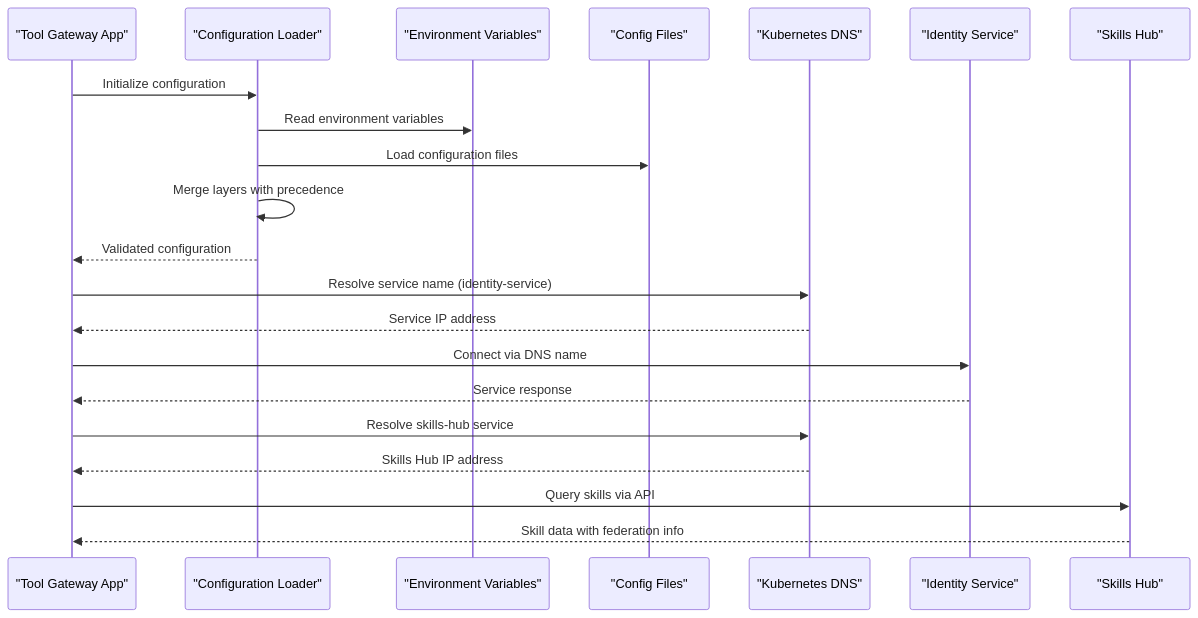
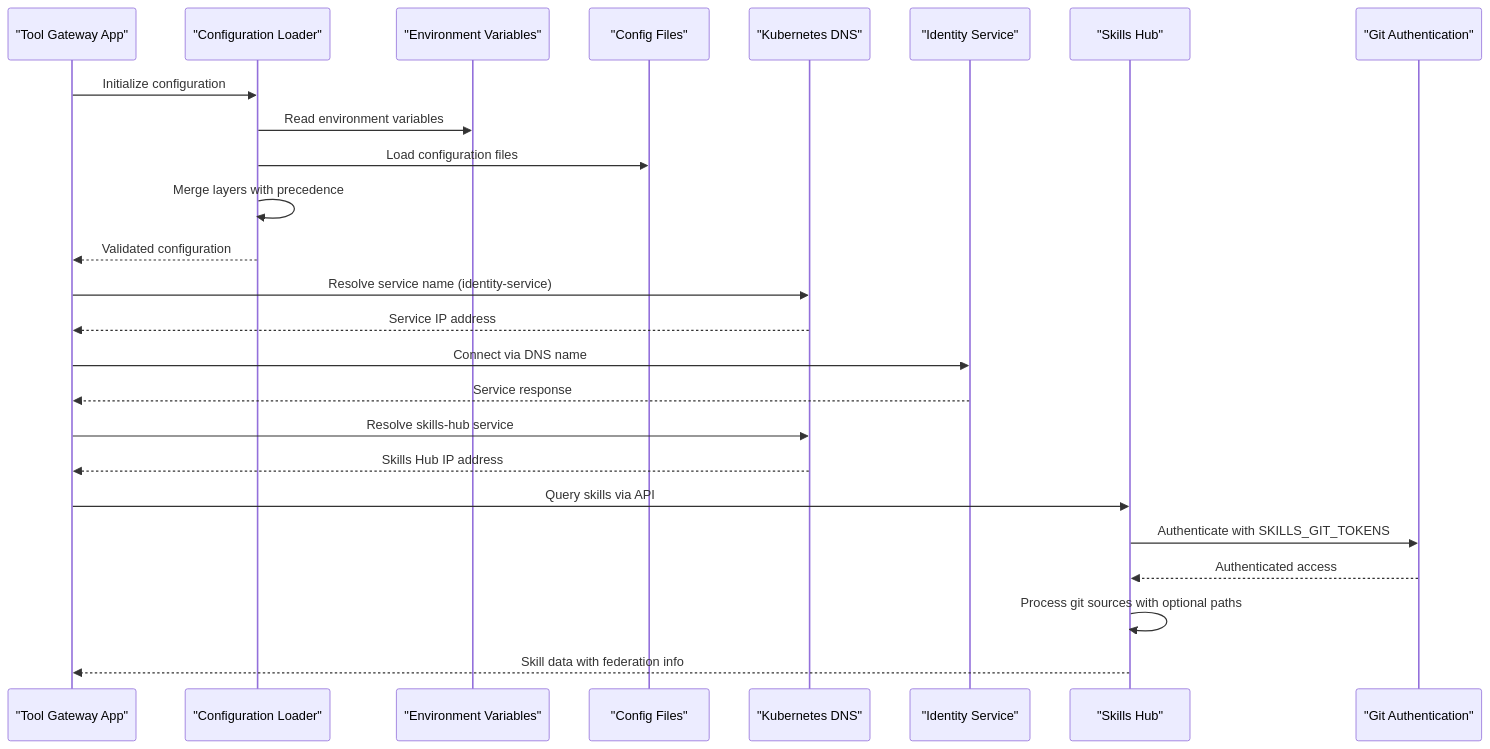
One commit to metasync/luban-aiops changed the second of 13 diagrams in .qoder/repowiki/en/content/Tool Gateway Service/Configuration and Environment Setup.md. Above: the diagram before and after it, drawn with Mermaid. The commit also changed other lines of this file and 4 other files, not shown here.

Commit message:
docs: refresh repowiki knowledge cache for git-federated skill sources

````diff
--- a/.qoder/repowiki/en/content/Tool Gateway Service/Configuration and Environment Setup.md
+++ b/.qoder/repowiki/en/content/Tool Gateway Service/Configuration and Environment Setup.md
@@ -136,23 +149,27 @@
 ```mermaid
 sequenceDiagram
 participant App as "Tool Gateway App"
 participant Config as "Configuration Loader"
 participant Env as "Environment Variables"
 participant File as "Config Files"
 participant DNS as "Kubernetes DNS"
 participant Service as "Identity Service"
 participant SkillsHub as "Skills Hub"
+participant GitAuth as "Git Authentication"
 App->>Config : Initialize configuration
 Config->>Env : Read environment variables
 Config->>File : Load configuration files
 Config->>Config : Merge layers with precedence
 Config-->>App : Validated configuration
 App->>DNS : Resolve service name (identity-service)
 DNS-->>App : Service IP address
 App->>Service : Connect via DNS name
 Service-->>App : Service response
 App->>DNS : Resolve skills-hub service
 DNS-->>App : Skills Hub IP address
 App->>SkillsHub : Query skills via API
+SkillsHub->>GitAuth : Authenticate with SKILLS_GIT_TOKENS
+GitAuth-->>SkillsHub : Authenticated access
+SkillsHub->>SkillsHub : Process git sources with optional paths
 SkillsHub-->>App : Skill data with federation info
 ```
````
